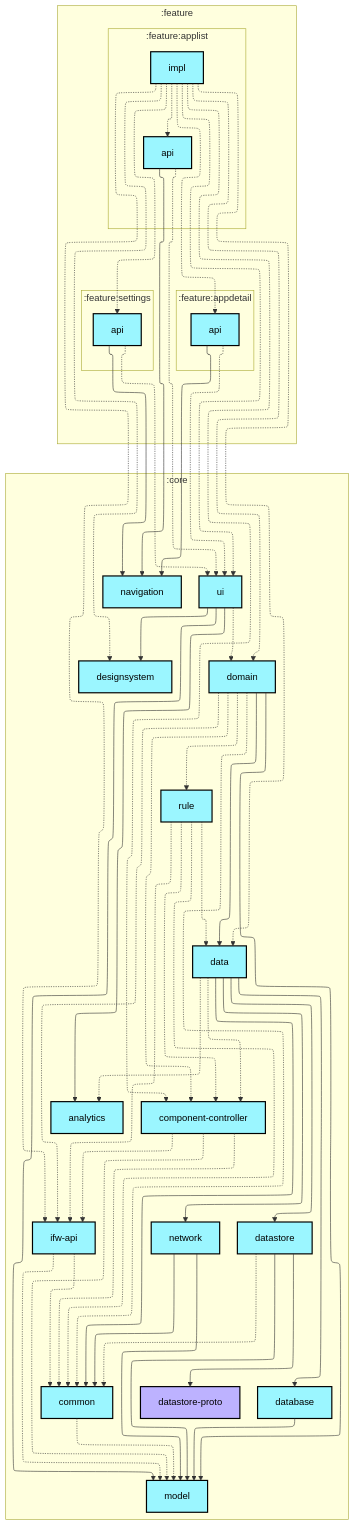
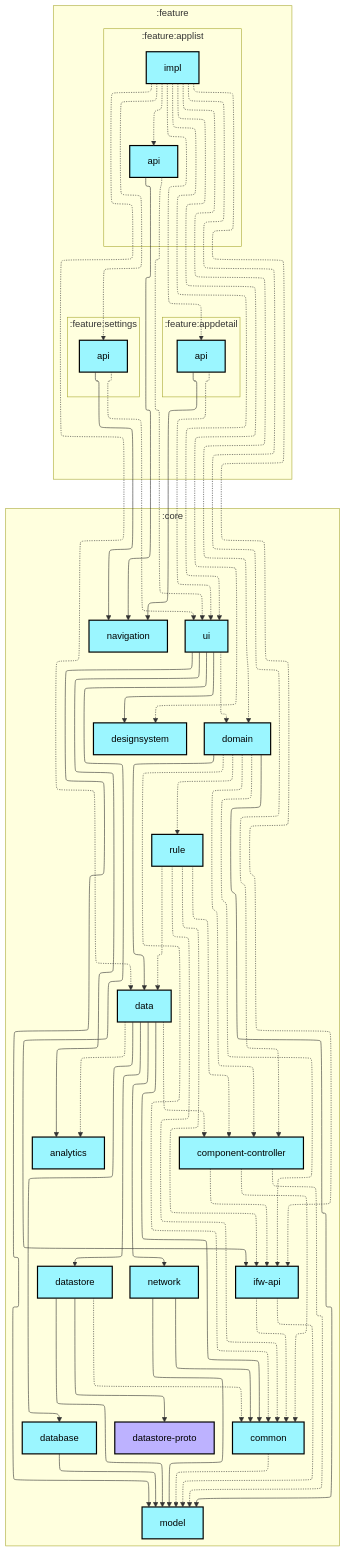
The first of 2 diagrams in feature/applist/impl/README.md (lihenggui/blocker), drawn with Mermaid before and after one commit. The commit also changed 20 other files, not shown here.

Commit message:
🤖 Updates graphs

```diff
--- a/feature/applist/impl/README.md
+++ b/feature/applist/impl/README.md
@@ -77,6 +77,7 @@
   :core:ui --> :core:analytics
   :core:ui --> :core:designsystem
   :core:ui -.-> :core:domain
+  :core:ui --> :core:ifw-api
   :core:ui --> :core:model
   :feature:appdetail:api --> :core:navigation
   :feature:appdetail:api -.-> :core:ui
```
